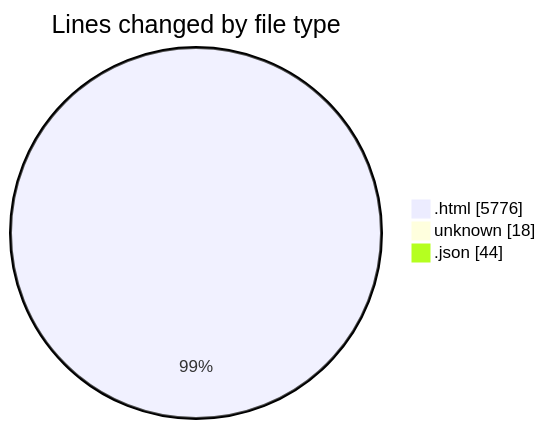
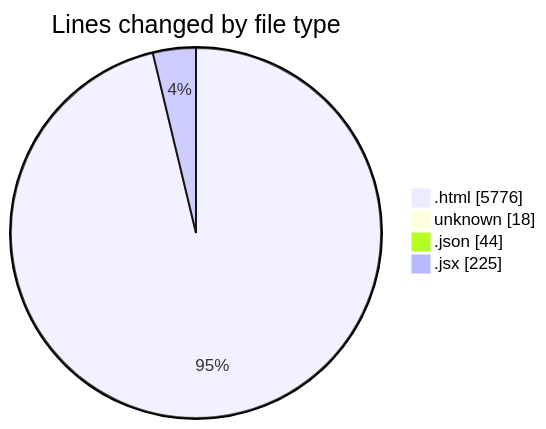
The first of 2 diagrams in 2025-06-17/projects/README.md (Ritupan-Deka/code-tracking), drawn with Mermaid before and after one commit. The commit also changed other lines of this file and 1 other file, not shown here.

````diff
--- a/2025-06-17/projects/README.md
+++ b/2025-06-17/projects/README.md
@@ -23,7 +24,8 @@
 ```mermaid
 pie showData
 title Lines changed by file type
 ".html" : 5776
 "unknown" : 18
 ".json" : 44
+".jsx" : 225
 ```
````
